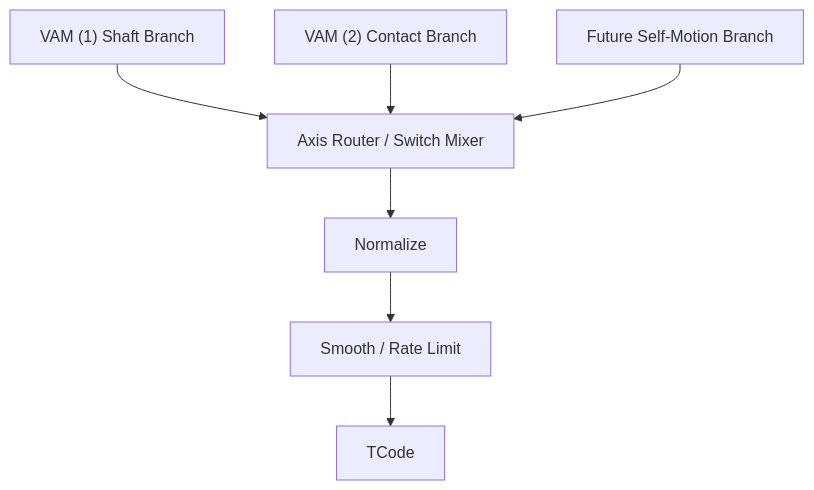
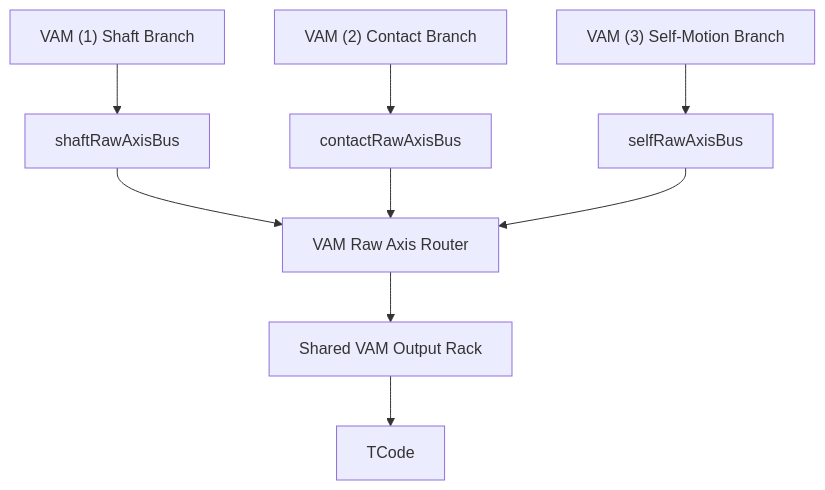
Before and after one commit to FrogThe2nd/f8studio: the third of 3 diagrams in docs/scenarios/vam-female-female-motion.md, drawn with Mermaid. The commit also changed other lines of this file and 3 other files, not shown here.

Commit message:
Unify VAM branch output rack docs

````diff
--- a/docs/scenarios/vam-female-female-motion.md
+++ b/docs/scenarios/vam-female-female-motion.md
@@ -1331,9 +1345,11 @@
 ```mermaid
 flowchart TB
-    Shaft["VAM (1) Shaft Branch"] --> Router["Axis Router / Switch Mixer"]
-    Contact["VAM (2) Contact Branch"] --> Router
-    Self["Future Self-Motion Branch"] --> Router
-    Router --> Normalize["Normalize"]
-    Normalize --> Shape["Smooth / Rate Limit"]
-    Shape --> TCode["TCode"]
+    Shaft["VAM (1) Shaft Branch"] --> ShaftBus["shaftRawAxisBus"]
+    Contact["VAM (2) Contact Branch"] --> ContactBus["contactRawAxisBus"]
+    Self["VAM (3) Self-Motion Branch"] --> SelfBus["selfRawAxisBus"]
+    ShaftBus --> Router["VAM Raw Axis Router"]
+    ContactBus --> Router
+    SelfBus --> Router
+    Router --> Rack["Shared VAM Output Rack"]
+    Rack --> TCode["TCode"]
 ```
````
